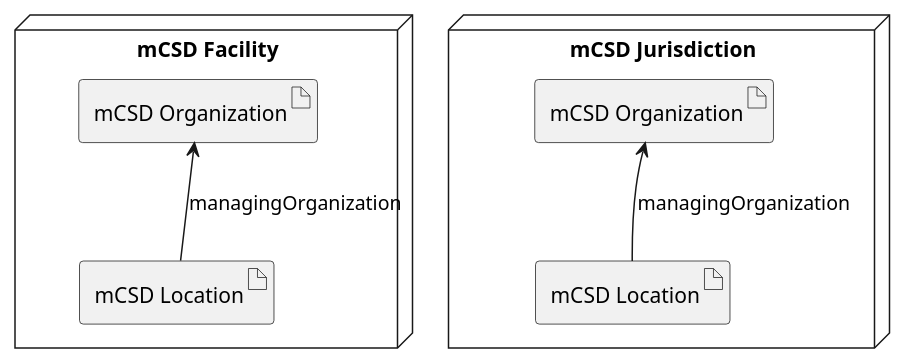
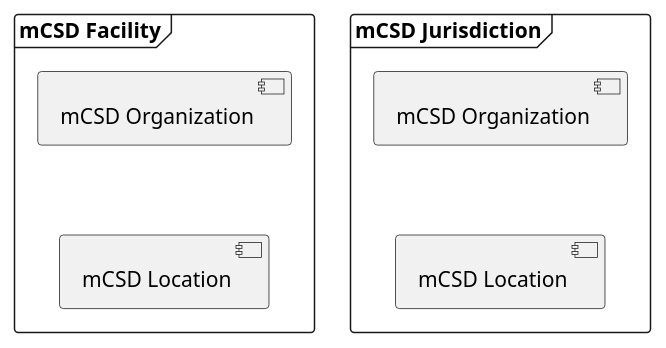
Before and after one commit to IHE/mCSD-Whitepaper: the first of 6 diagrams in mCSD-Whitepaper.plantuml, drawn with PlantUML. The commit also changed other lines of this file and 11 other files, not shown here.

Commit message:
Added back in use cases at the top and updated the facility section to reflect this change.  HWR and ILR still need to be updated.  Also updated diagrams for those.

```diff
--- a/mCSD-Whitepaper.plantuml
+++ b/mCSD-Whitepaper.plantuml
@@ -2,12 +2,13 @@
 @startuml facilities-and-jurisdictions
-node "             mCSD Facility             " {
-  artifact forg as "mCSD Organization"
-  artifact floc as "mCSD Location"
-  forg <-- floc : managingOrganization
+skinparam componentStyle uml2
+frame "mCSD Facility" {
+  component forg as "mCSD Organization"
+  component floc as "mCSD Location"
+  forg -[hidden]-> floc 
 }
-node "             mCSD Jurisdiction             " {
-  artifact jorg as "mCSD Organization"
-  artifact jloc as "mCSD Location"
-  jorg <-- jloc : managingOrganization
+frame "mCSD Jurisdiction" {
+  component jorg as "mCSD Organization"
+  component jloc as "mCSD Location"
+  jorg -[hidden]-> jloc 
 }
 @enduml
```
